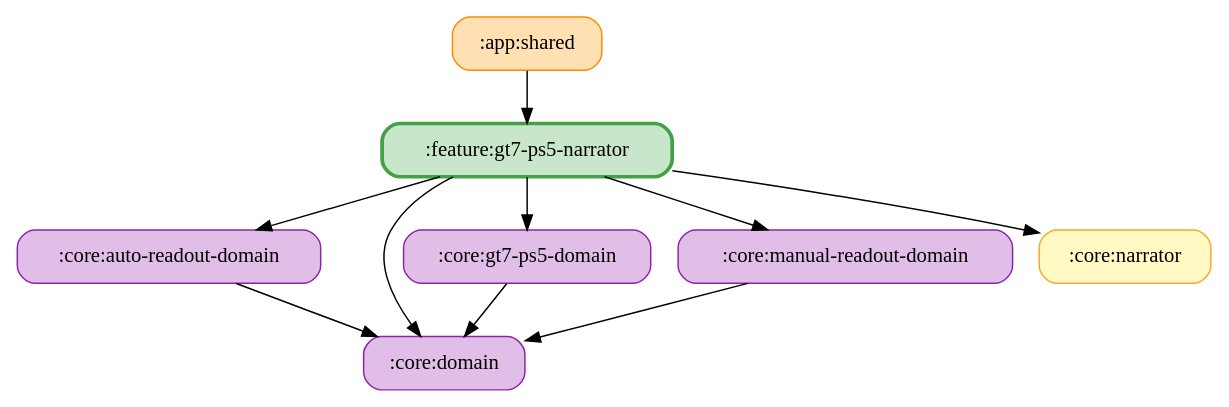
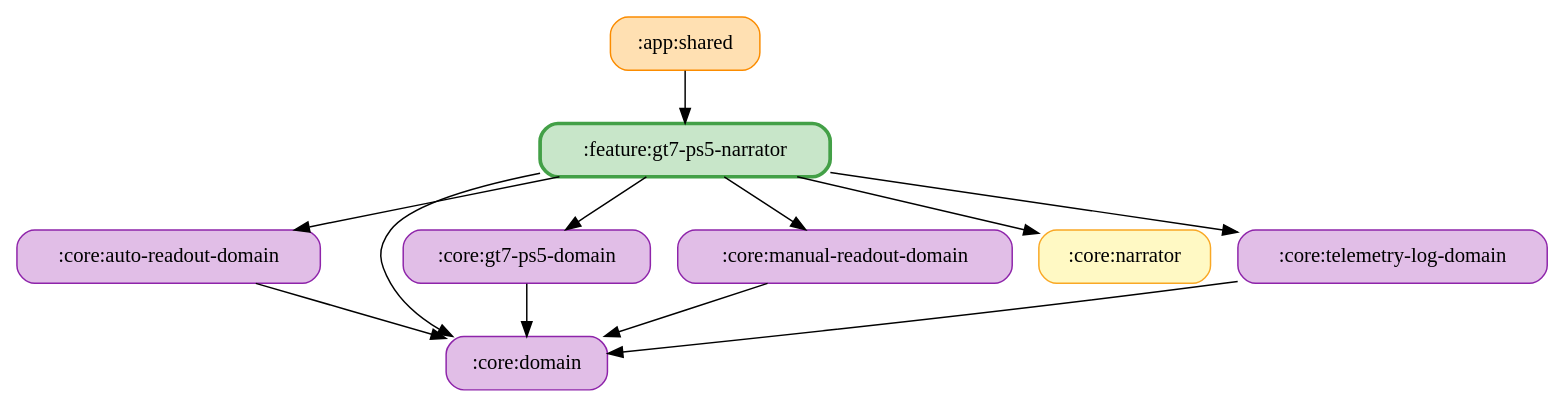
The diagram in docs/graphs/feature-gt7-ps5-narrator.gv (ai-kurou/KoDriver), drawn with Graphviz before and after one commit. The commit also changed 43 other files, not shown here.

Commit message:
chore: update module graph images

```diff
--- a/docs/graphs/feature-gt7-ps5-narrator.gv
+++ b/docs/graphs/feature-gt7-ps5-narrator.gv
@@ -1,20 +1,23 @@
 digraph G {
   rankdir=TB
   node [shape=box, style="rounded,filled"]
   ":app:shared" [fillcolor="#FFE0B2", color="#FB8C00", penwidth=1]
   ":core:auto-readout-domain" [fillcolor="#E1BEE7", color="#8E24AA", penwidth=1]
   ":core:domain" [fillcolor="#E1BEE7", color="#8E24AA", penwidth=1]
   ":core:gt7-ps5-domain" [fillcolor="#E1BEE7", color="#8E24AA", penwidth=1]
   ":core:manual-readout-domain" [fillcolor="#E1BEE7", color="#8E24AA", penwidth=1]
   ":core:narrator" [fillcolor="#FFF9C4", color="#F9A825", penwidth=1]
+  ":core:telemetry-log-domain" [fillcolor="#E1BEE7", color="#8E24AA", penwidth=1]
   ":feature:gt7-ps5-narrator" [fillcolor="#C8E6C9", color="#43A047", penwidth=2.5]
   ":app:shared" -> ":feature:gt7-ps5-narrator"
   ":core:auto-readout-domain" -> ":core:domain"
   ":core:gt7-ps5-domain" -> ":core:domain"
   ":core:manual-readout-domain" -> ":core:domain"
+  ":core:telemetry-log-domain" -> ":core:domain"
   ":feature:gt7-ps5-narrator" -> ":core:domain"
   ":feature:gt7-ps5-narrator" -> ":core:auto-readout-domain"
+  ":feature:gt7-ps5-narrator" -> ":core:telemetry-log-domain"
   ":feature:gt7-ps5-narrator" -> ":core:gt7-ps5-domain"
   ":feature:gt7-ps5-narrator" -> ":core:manual-readout-domain"
   ":feature:gt7-ps5-narrator" -> ":core:narrator"
 }
```
